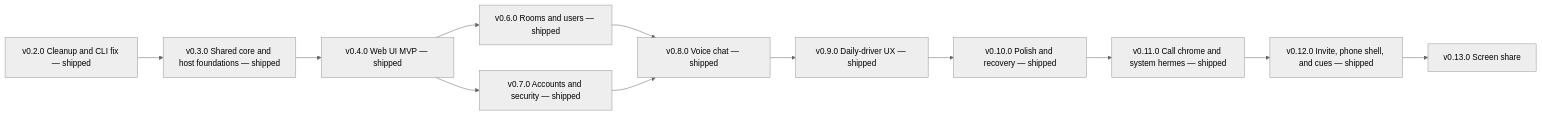
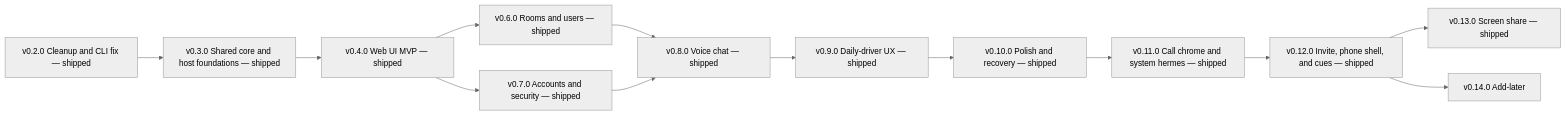
The diagram in docs/ROADMAP.md (ahyibrahim/hermes-be), drawn with Mermaid (neutral theme) before and after one commit. The commit also changed other lines of this file and 8 other files, not shown here.

````diff
--- a/docs/ROADMAP.md
+++ b/docs/ROADMAP.md
@@ -111,14 +112,15 @@
 ```mermaid
 graph LR
   v02[v0.2.0 Cleanup and CLI fix — shipped] --> v03[v0.3.0 Shared core and host foundations — shipped]
   v03 --> v04[v0.4.0 Web UI MVP — shipped]
   v04 --> v06[v0.6.0 Rooms and users — shipped]
   v04 --> v07[v0.7.0 Accounts and security — shipped]
   v06 --> v08[v0.8.0 Voice chat — shipped]
   v07 --> v08
   v08 --> v09[v0.9.0 Daily-driver UX — shipped]
   v09 --> v10[v0.10.0 Polish and recovery — shipped]
   v10 --> v11[v0.11.0 Call chrome and system hermes — shipped]
   v11 --> v12[v0.12.0 Invite, phone shell, and cues — shipped]
-  v12 --> v13[v0.13.0 Screen share]
+  v12 --> v13[v0.13.0 Screen share — shipped]
+  v12 --> v14[v0.14.0 Add-later]
 ```
````
